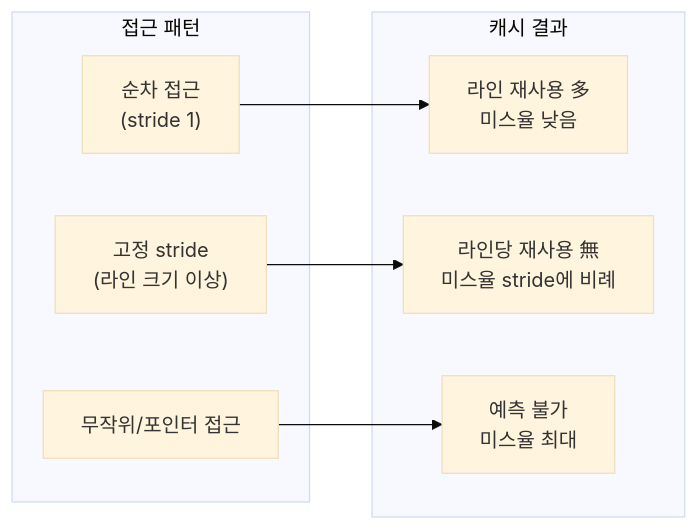
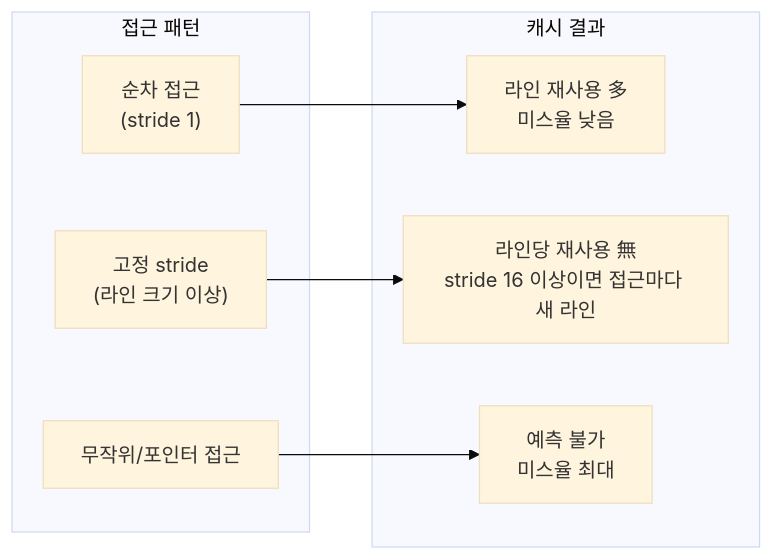
One commit to 42jerrykim/42jerrykim.github.io changed the diagram in content/collection/optimization-04-memory-allocation/06-cache-friendly-patterns/index.md. Above: the diagram before and after it, drawn with Mermaid (base theme). The commit also changed other lines of this file and 1 other file, not shown here.

````diff
--- a/content/collection/optimization-04-memory-allocation/06-cache-friendly-patterns/index.md
+++ b/content/collection/optimization-04-memory-allocation/06-cache-friendly-patterns/index.md
@@ -114,16 +141,16 @@
 ```mermaid
 flowchart LR
   subgraph patterns ["접근 패턴"]
     seqNode["순차 접근</br>(stride 1)"]
     strideNode["고정 stride</br>(라인 크기 이상)"]
     randNode["무작위/포인터 접근"]
   end
   subgraph outcomes ["캐시 결과"]
     highHit["라인 재사용 多</br>미스율 낮음"]
-    lowReuse["라인당 재사용 無</br>미스율 stride에 비례"]
+    lowReuse["라인당 재사용 無</br>stride 16 이상이면 접근마다 새 라인"]
     freqMiss["예측 불가</br>미스율 최대"]
   end
   seqNode --> highHit
   strideNode --> lowReuse
   randNode --> freqMiss
 ```
````
